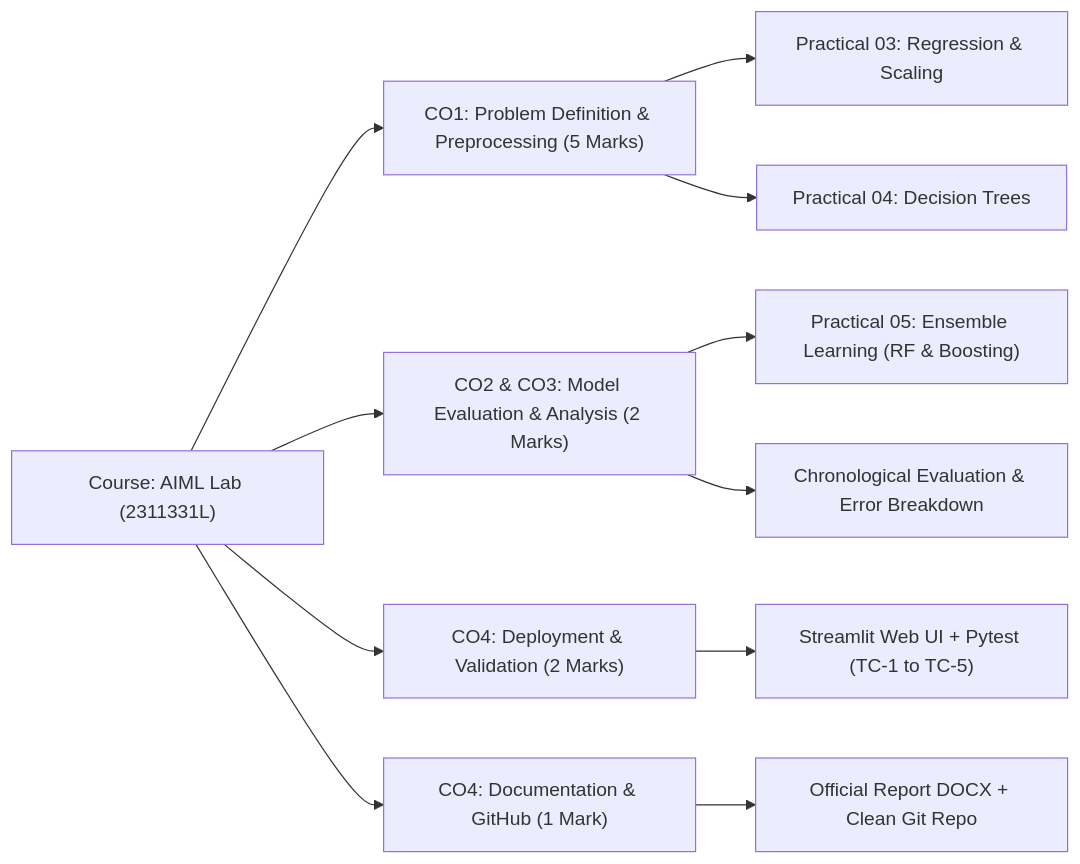
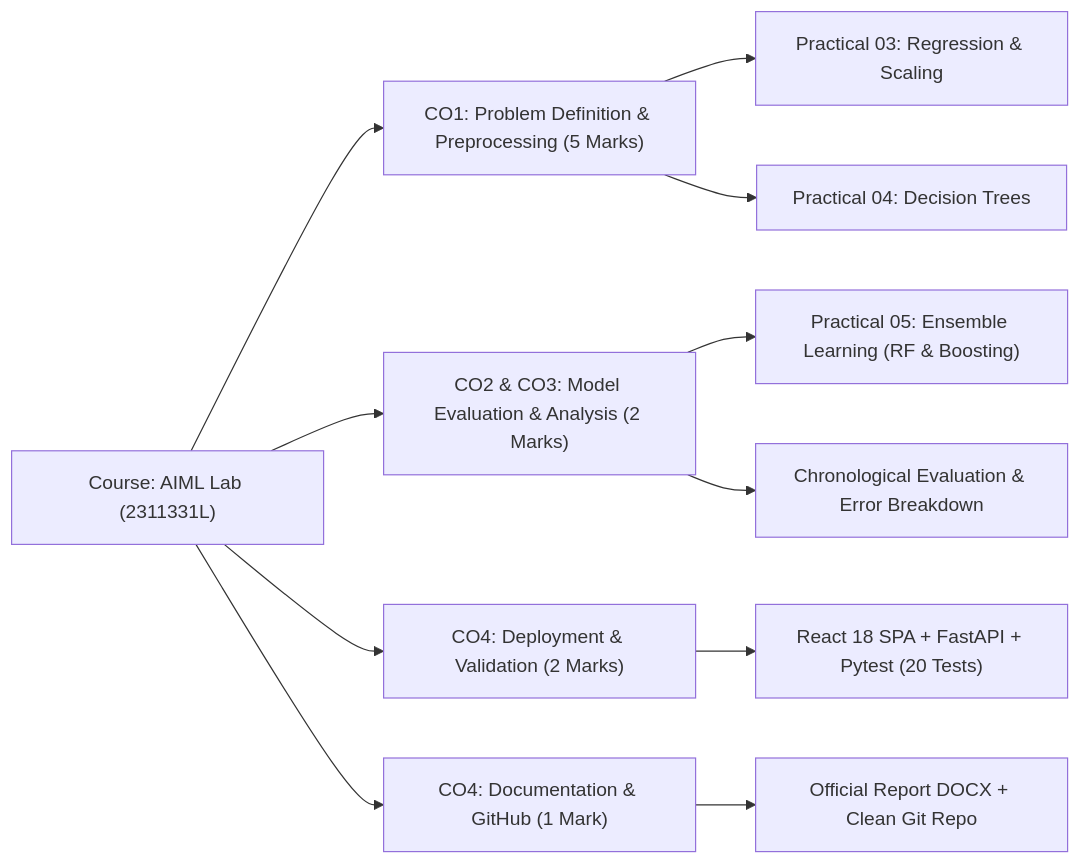
One commit to shindesiddhant-415/MHTCET-College-Admission-Predictor changed the first of 5 diagrams in PROJECT_DOCUMENTATION.md. Above: the diagram before and after it, drawn with Mermaid. The commit also changed other lines of this file and 57 other files, not shown here.

Commit message:
feat: migrate frontend to React 18 SPA with FastAPI REST backend and complete documentation

````diff
--- a/PROJECT_DOCUMENTATION.md
+++ b/PROJECT_DOCUMENTATION.md
@@ -68,14 +68,14 @@
 ```mermaid
 flowchart LR
     A["Course: AIML Lab (2311331L)"] --> B["CO1: Problem Definition & Preprocessing (5 Marks)"]
     A --> C["CO2 & CO3: Model Evaluation & Analysis (2 Marks)"]
     A --> D["CO4: Deployment & Validation (2 Marks)"]
     A --> E["CO4: Documentation & GitHub (1 Mark)"]
     
     B --> B1["Practical 03: Regression & Scaling"]
     B --> B2["Practical 04: Decision Trees"]
     C --> C1["Practical 05: Ensemble Learning (RF & Boosting)"]
     C --> C2["Chronological Evaluation & Error Breakdown"]
-    D --> D1["Streamlit Web UI + Pytest (TC-1 to TC-5)"]
+    D --> D1["React 18 SPA + FastAPI + Pytest (20 Tests)"]
     E --> E1["Official Report DOCX + Clean Git Repo"]
 ```
````
